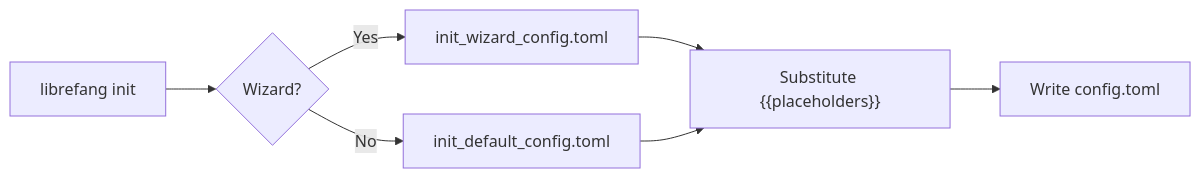
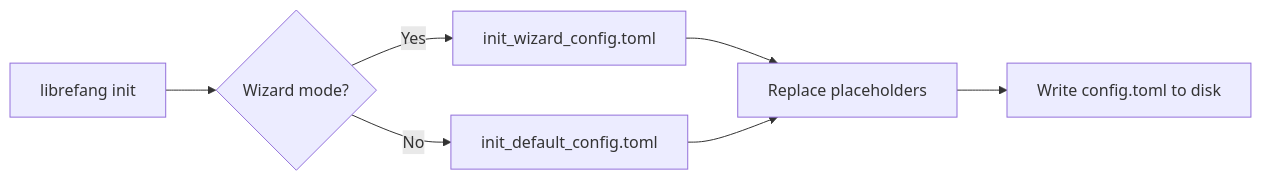
The diagram in other-librefang-cli-templates.md (leszek3737/librefang-WIki), drawn with Mermaid before and after one commit. The commit also changed other lines of this file and 100 other files, not shown here.

````diff
--- a/other-librefang-cli-templates.md
+++ b/other-librefang-cli-templates.md
@@ -158,9 +36,9 @@
 ```mermaid
 flowchart LR
-    A["librefang init"] --> B{Wizard?}
-    B -- Yes --> C["init_wizard_config.toml"]
-    B -- No --> D["init_default_config.toml"]
-    C --> E["Substitute {{placeholders}}"]
+    A[librefang init] --> B{Wizard mode?}
+    B -- Yes --> C[init_wizard_config.toml]
+    B -- No --> D[init_default_config.toml]
+    C --> E[Replace placeholders]
     D --> E
-    E --> F["Write config.toml"]
+    E --> F["Write config.toml to disk"]
 ```
````
